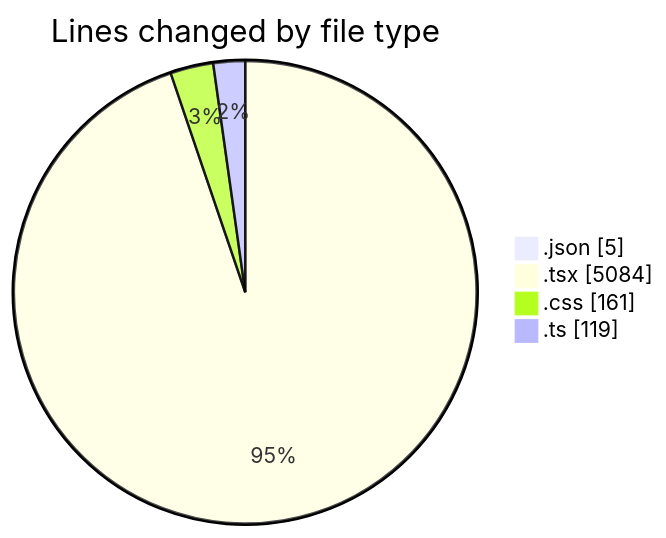
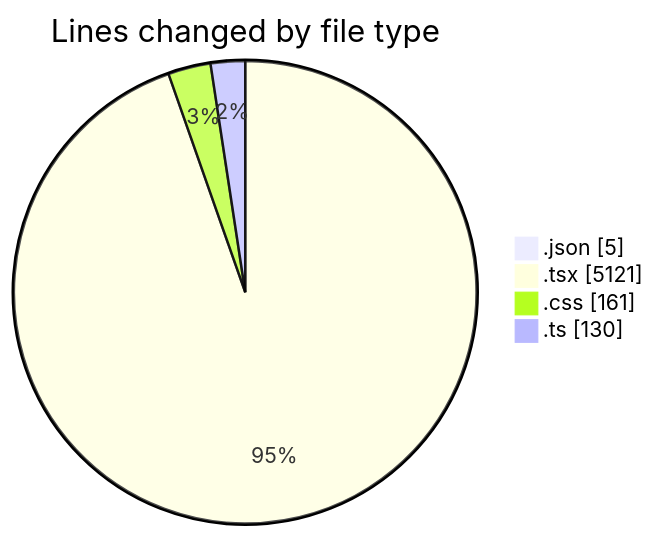
One commit to Elitesun/code-tracking changed the first of 2 diagrams in 2025-05-29/advertise/README.md. Above: the diagram before and after it, drawn with Mermaid. The commit also changed other lines of this file and 1 other file, not shown here.

````diff
--- a/2025-05-29/advertise/README.md
+++ b/2025-05-29/advertise/README.md
@@ -42,8 +43,8 @@
 ```mermaid
 pie showData
 title Lines changed by file type
 ".json" : 5
-".tsx" : 5084
+".tsx" : 5121
 ".css" : 161
-".ts" : 119
+".ts" : 130
 ```
````
